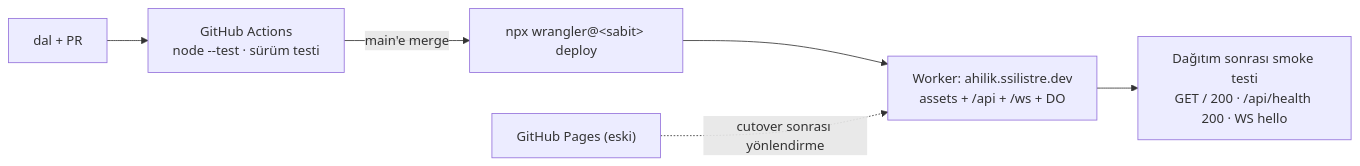
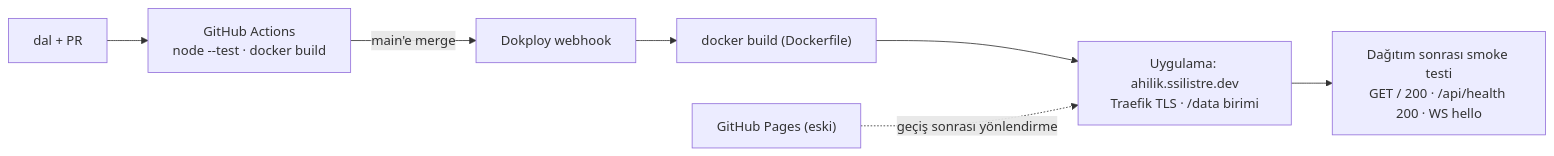
The sixth of 6 diagrams in docs/ARCHITECTURE.md (SSilistre-dev/ahilik-yolu), drawn with Mermaid before and after one commit. The commit also changed other lines of this file, not shown here.

Commit message:
docs(arch): self-hosted Node server on Dokploy, mobile shell, rematch flow

````diff
--- a/docs/ARCHITECTURE.md
+++ b/docs/ARCHITECTURE.md
@@ -302,8 +306,9 @@
 ```mermaid
 flowchart LR
-  Dev["dal + PR"] --> CI["GitHub Actions<br/>node --test · sürüm testi"]
-  CI -->|main'e merge| Deploy["npx wrangler@&lt;sabit&gt; deploy"]
-  Deploy --> Prod["Worker: ahilik.ssilistre.dev<br/>assets + /api + /ws + DO"]
+  Dev["dal + PR"] --> CI["GitHub Actions<br/>node --test · docker build"]
+  CI -->|main'e merge| Hook["Dokploy webhook"]
+  Hook --> Build["docker build (Dockerfile)"]
+  Build --> Prod["Uygulama: ahilik.ssilistre.dev<br/>Traefik TLS · /data birimi"]
   Prod --> Smoke["Dağıtım sonrası smoke testi<br/>GET / 200 · /api/health 200 · WS hello"]
-  Pages["GitHub Pages (eski)"] -.->|"cutover sonrası yönlendirme"| Prod
+  Pages["GitHub Pages (eski)"] -.->|"geçiş sonrası yönlendirme"| Prod
 ```
````
